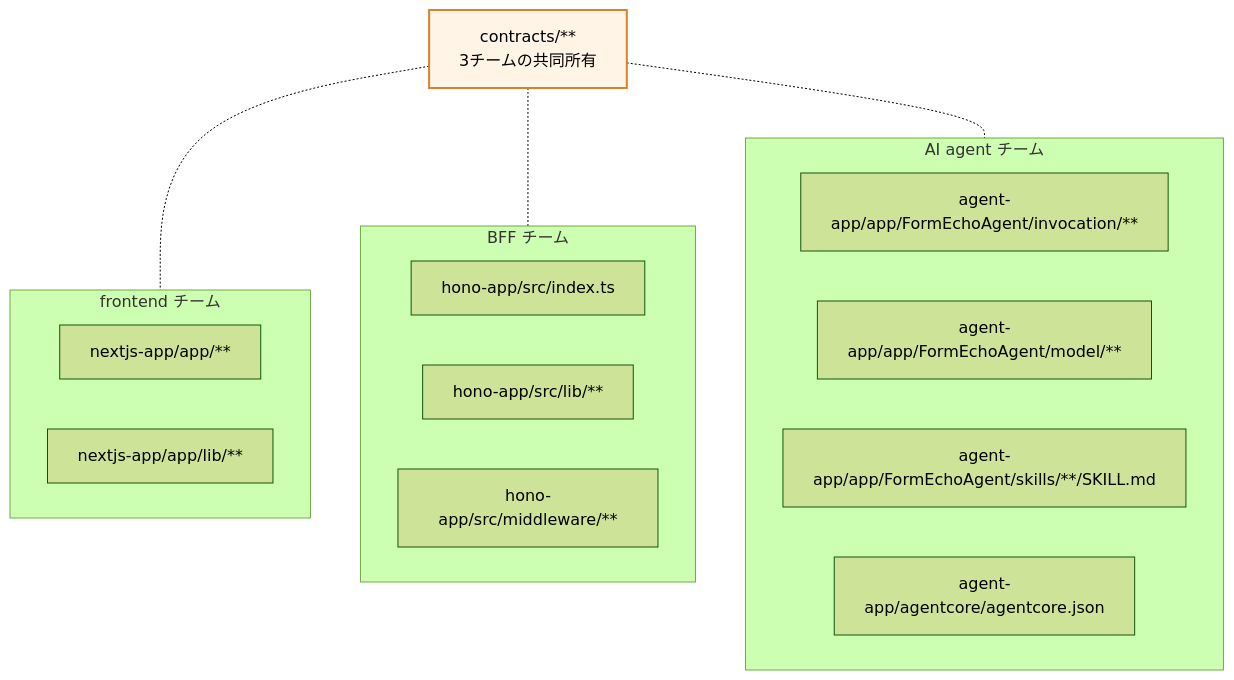
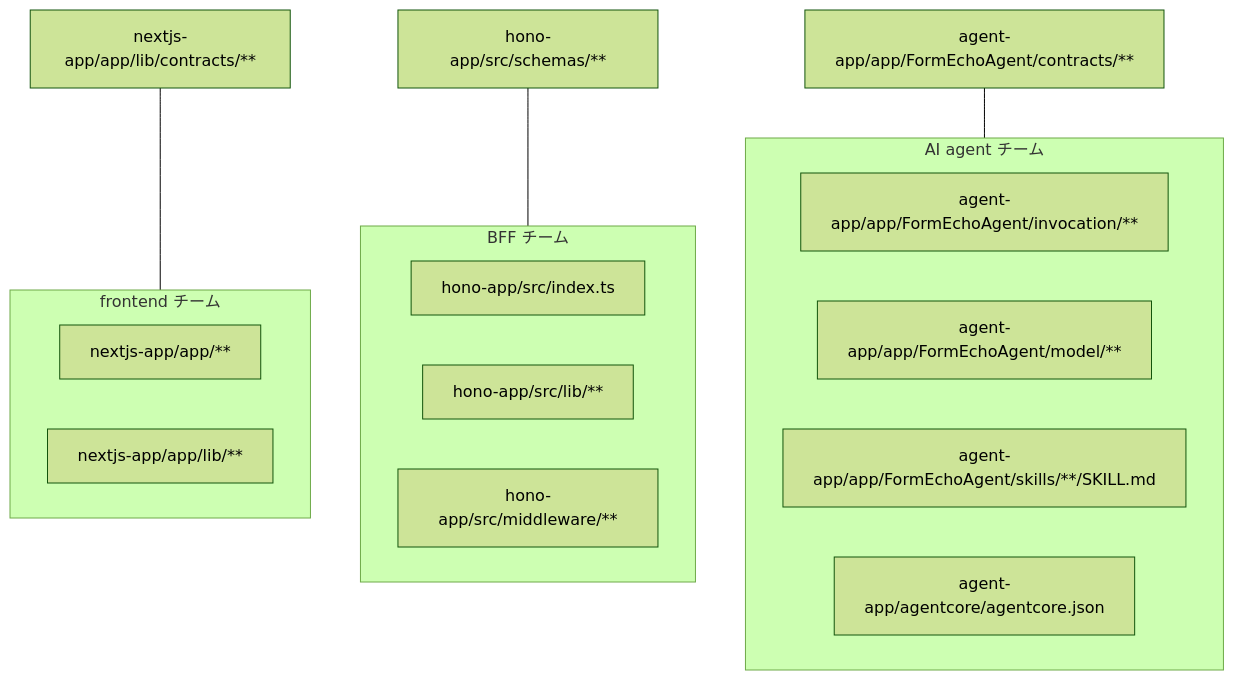
Before and after one commit to ag-ke-nakamura/form-echo-agent: the first of 2 diagrams in docs/responsibilities.md, drawn with Mermaid (forest theme). The commit also changed other lines of this file and 23 other files, not shown here.

````diff
--- a/docs/responsibilities.md
+++ b/docs/responsibilities.md
@@ -20,29 +21,28 @@
 ```mermaid
 graph TB
     subgraph fe["frontend チーム"]
         F1["nextjs-app/app/**"]
         F2["nextjs-app/app/lib/**"]
     end
 
     subgraph be["BFF チーム"]
         B1["hono-app/src/index.ts"]
         B2["hono-app/src/lib/**"]
         B3["hono-app/src/middleware/**"]
     end
 
     subgraph ai["AI agent チーム"]
         A1["agent-app/app/FormEchoAgent/invocation/**"]
         A2["agent-app/app/FormEchoAgent/model/**"]
         A3["agent-app/app/FormEchoAgent/skills/**/SKILL.md"]
         A4["agent-app/agentcore/agentcore.json"]
     end
 
-    C["contracts/**<br/>3チームの共同所有"]
+    F3["nextjs-app/app/lib/contracts/**"]
+    B4["hono-app/src/schemas/**"]
+    A5["agent-app/app/FormEchoAgent/contracts/**"]
 
-    C -.- fe
-    C -.- be
-    C -.- ai
-
-    classDef shared fill:#fff4e6,stroke:#d9822b,stroke-width:2px
-    class C shared
+    F3 --- fe
+    B4 --- be
+    A5 --- ai
 ```
````
